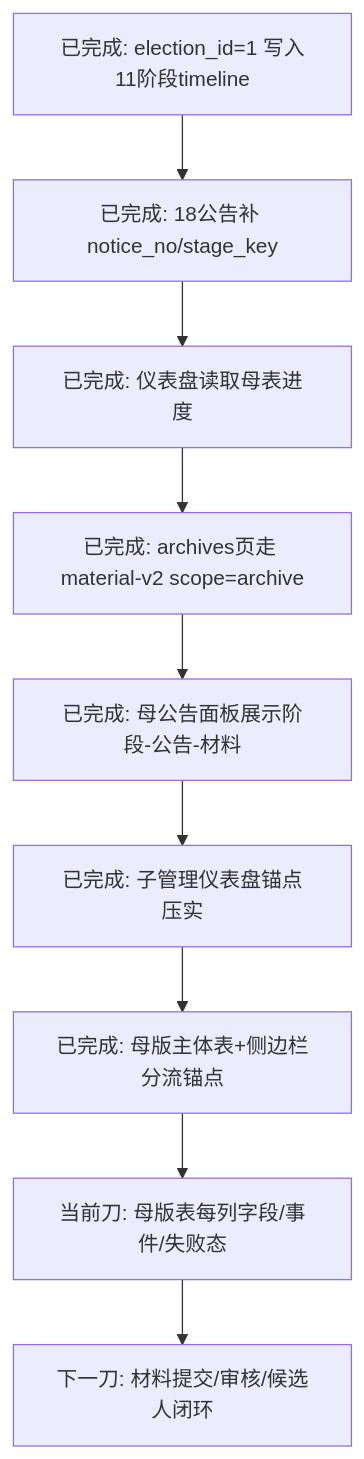
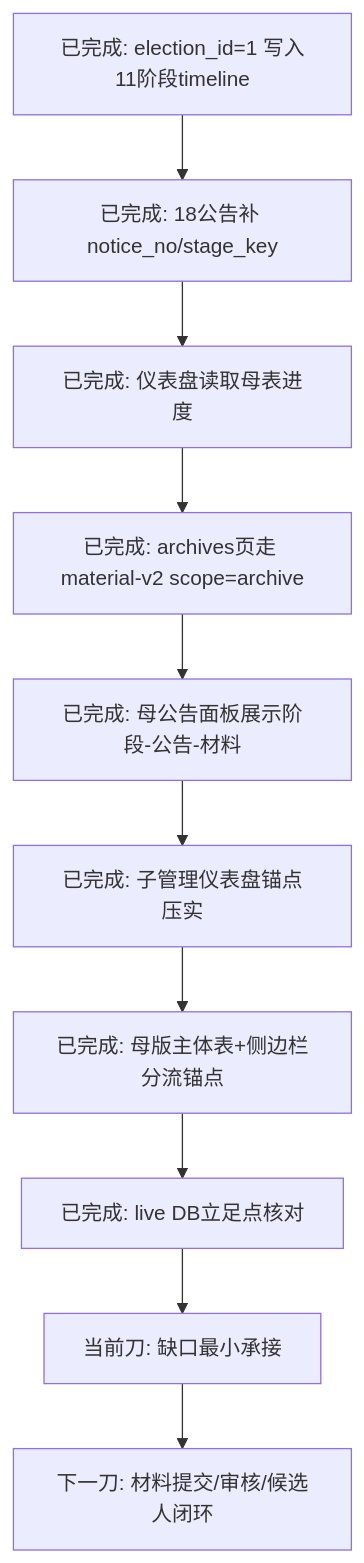
The third of 6 diagrams in 副船长的航海接力日志/当前接力图.md (4xiaxia/election-v2), drawn with Mermaid before and after one commit. The commit also changed other lines of this file and 6 other files, not shown here.

````diff
--- a/副船长的航海接力日志/当前接力图.md
+++ b/副船长的航海接力日志/当前接力图.md
@@ -39,11 +39,12 @@
 ```mermaid
 flowchart TD
     A[已完成: election_id=1 写入11阶段timeline] --> B[已完成: 18公告补 notice_no/stage_key]
     B --> C[已完成: 仪表盘读取母表进度]
     C --> D[已完成: archives页走 material-v2 scope=archive]
     D --> E[已完成: 母公告面板展示阶段-公告-材料]
     E --> F[已完成: 子管理仪表盘锚点压实]
     F --> G[已完成: 母版主体表+侧边栏分流锚点]
-    G --> H[当前刀: 母版表每列字段/事件/失败态]
-    H --> I[下一刀: 材料提交/审核/候选人闭环]
+    G --> H[已完成: live DB立足点核对]
+    H --> I[当前刀: 缺口最小承接]
+    I --> J[下一刀: 材料提交/审核/候选人闭环]
 ```
````
